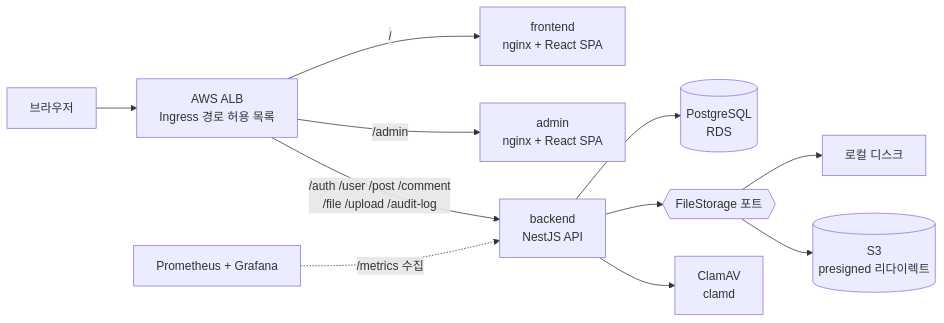
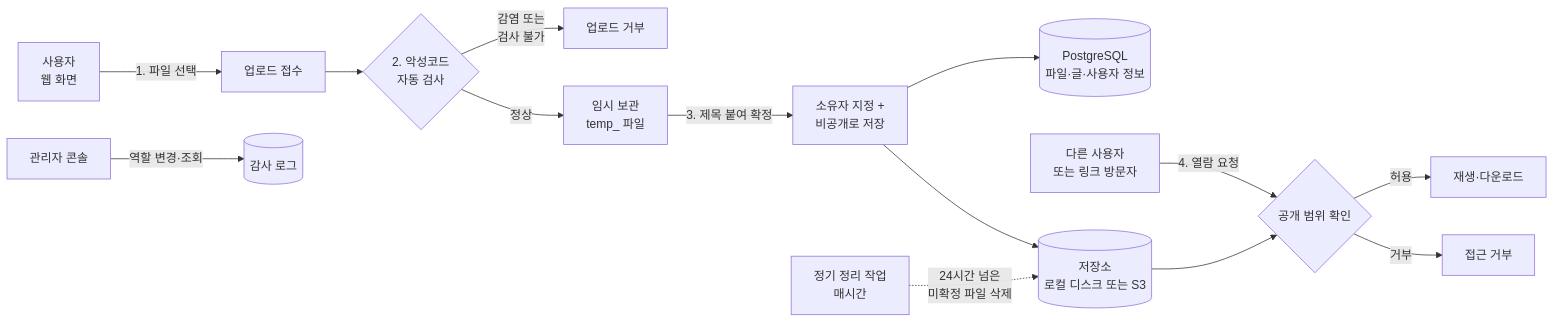
The diagram in README.md (Bluecode77732/Upload-Board-Project), drawn with Mermaid before and after one commit. The commit also changed other lines of this file and 7 other files, not shown here.

````diff
--- a/README.md
+++ b/README.md
@@ -134,13 +56,16 @@
 ```mermaid
 flowchart LR
-  U[브라우저] --> ALB["AWS ALB<br/>Ingress 경로 허용 목록"]
-  ALB -- "/" --> FE["frontend<br/>nginx + React SPA"]
-  ALB -- "/admin" --> AD["admin<br/>nginx + React SPA"]
-  ALB -- "/auth /user /post /comment<br/>/file /upload /audit-log" --> API["backend<br/>NestJS API"]
-  API --> PG[("PostgreSQL<br/>RDS")]
-  API --> ST{{"FileStorage 포트"}}
-  ST --> LD["로컬 디스크"]
-  ST --> S3[("S3<br/>presigned 리다이렉트")]
-  API --> CL["ClamAV<br/>clamd"]
-  PR["Prometheus + Grafana"] -. "/metrics 수집" .-> API
+  U["사용자<br/>웹 화면"] -->|"1. 파일 선택"| A["업로드 접수"]
+  A --> S{"2. 악성코드<br/>자동 검사"}
+  S -->|"감염 또는<br/>검사 불가"| X["업로드 거부"]
+  S -->|정상| T["임시 보관<br/>temp_ 파일"]
+  T -->|"3. 제목 붙여 확정"| C["소유자 지정 +<br/>비공개로 저장"]
+  C --> DB[("PostgreSQL<br/>파일·글·사용자 정보")]
+  C --> ST[("저장소<br/>로컬 디스크 또는 S3")]
+  V["다른 사용자<br/>또는 링크 방문자"] -->|"4. 열람 요청"| G{"공개 범위 확인"}
+  G -->|허용| O["재생·다운로드"]
+  G -->|거부| N["접근 거부"]
+  ST --> G
+  J["정기 정리 작업<br/>매시간"] -.->|"24시간 넘은<br/>미확정 파일 삭제"| ST
+  M["관리자 콘솔"] -->|"역할 변경·조회"| L[("감사 로그")]
 ```
````
